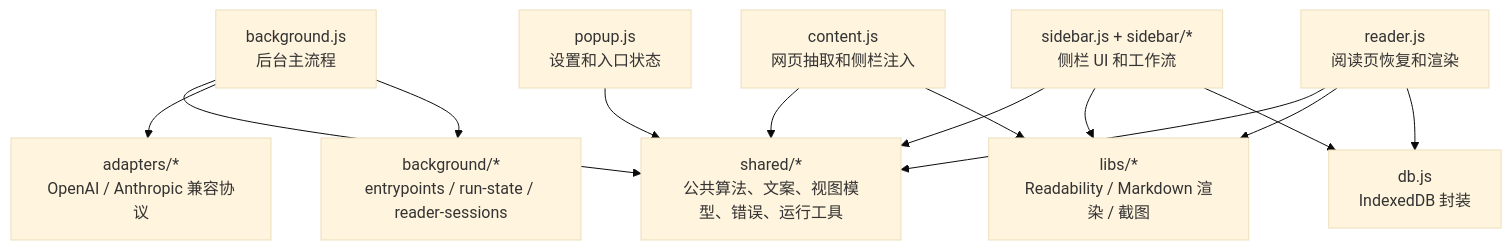
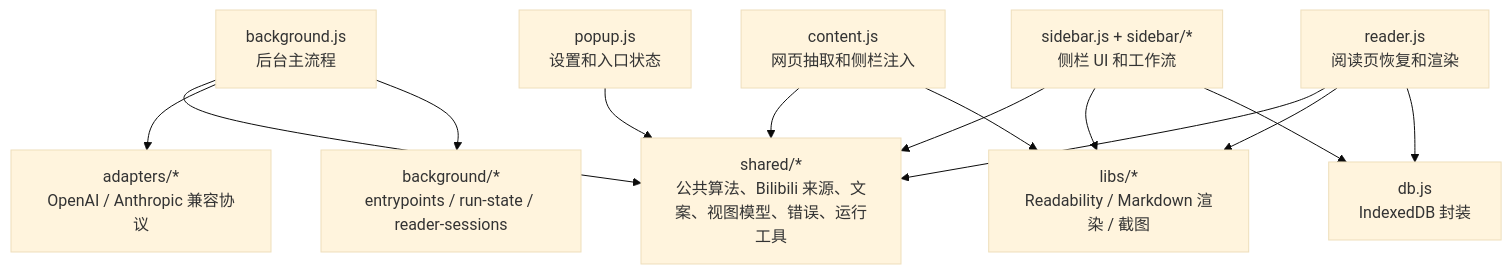
One commit to mutuyihao/yilan changed the second of 3 diagrams in docs/TECHNICAL_ARCHITECTURE.md. Above: the diagram before and after it, drawn with Mermaid (base theme). The commit also changed other lines of this file and 20 other files, not shown here.

````diff
--- a/docs/TECHNICAL_ARCHITECTURE.md
+++ b/docs/TECHNICAL_ARCHITECTURE.md
@@ -50,27 +50,27 @@
 ```mermaid
 flowchart TB
-  Shared["shared/*<br/>公共算法、文案、视图模型、错误、运行工具"]
+  Shared["shared/*<br/>公共算法、Bilibili 来源、文案、视图模型、错误、运行工具"]
   Libs["libs/*<br/>Readability / Markdown 渲染 / 截图"]
   DB["db.js<br/>IndexedDB 封装"]
   Adapters["adapters/*<br/>OpenAI / Anthropic 兼容协议"]
 
   BG["background.js<br/>后台主流程"]
   BGParts["background/*<br/>entrypoints / run-state / reader-sessions"]
   Content["content.js<br/>网页抽取和侧栏注入"]
   Popup["popup.js<br/>设置和入口状态"]
   Sidebar["sidebar.js + sidebar/*<br/>侧栏 UI 和工作流"]
   Reader["reader.js<br/>阅读页恢复和渲染"]
 
   BG --> Shared
   BG --> Adapters
   BG --> BGParts
   Content --> Shared
   Content --> Libs
   Popup --> Shared
   Sidebar --> Shared
   Sidebar --> Libs
   Sidebar --> DB
   Reader --> Shared
   Reader --> Libs
   Reader --> DB
 ```
````
